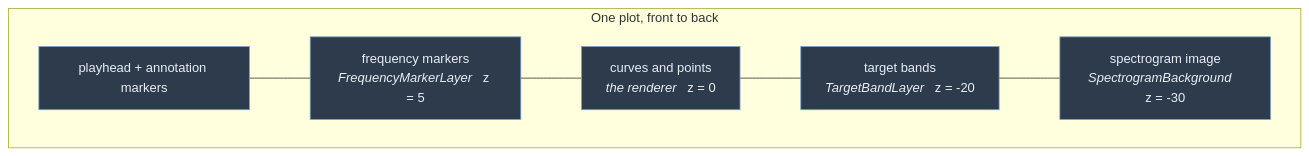
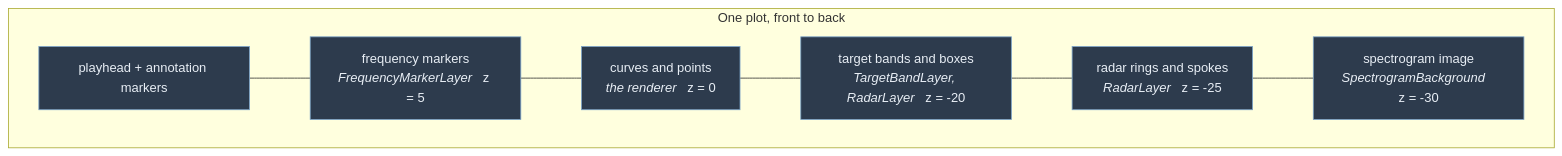
Before and after one commit to fabstr/voicevis: the first of 5 diagrams in src/ui/plot/layers/README.md, drawn with Mermaid. The commit also changed other lines of this file and 19 other files, not shown here.

Commit message:
Add radar chart

````diff
--- a/src/ui/plot/layers/README.md
+++ b/src/ui/plot/layers/README.md
@@ -8,14 +8,15 @@
 ```mermaid
 graph TB
     subgraph plot["One plot, front to back"]
         E["playhead + annotation markers"]
         D["frequency markers<br/><i>FrequencyMarkerLayer</i> &nbsp; z = 5"]
         C["curves and points<br/><i>the renderer</i> &nbsp; z = 0"]
-        B["target bands<br/><i>TargetBandLayer</i> &nbsp; z = -20"]
+        B["target bands and boxes<br/><i>TargetBandLayer, RadarLayer</i> &nbsp; z = -20"]
+        A2["radar rings and spokes<br/><i>RadarLayer</i> &nbsp; z = -25"]
         A["spectrogram image<br/><i>SpectrogramBackground</i> &nbsp; z = -30"]
     end
-    E --- D --- C --- B --- A
+    E --- D --- C --- B --- A2 --- A
 
     classDef l fill:#2d3b4d,stroke:#7aa2c8,color:#e8eef5
-    class A,B,C,D,E l
+    class A,A2,B,C,D,E l
 ```
````
